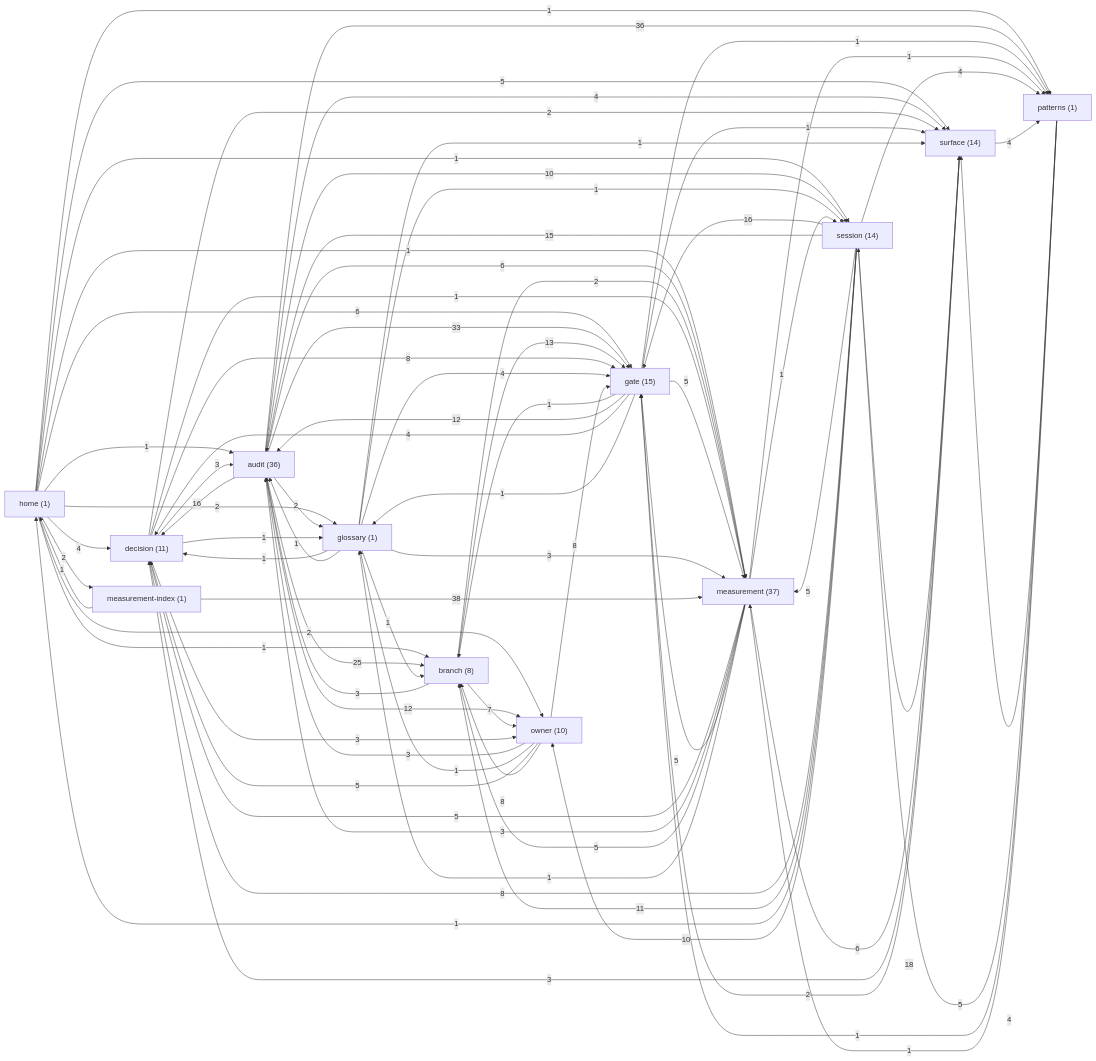
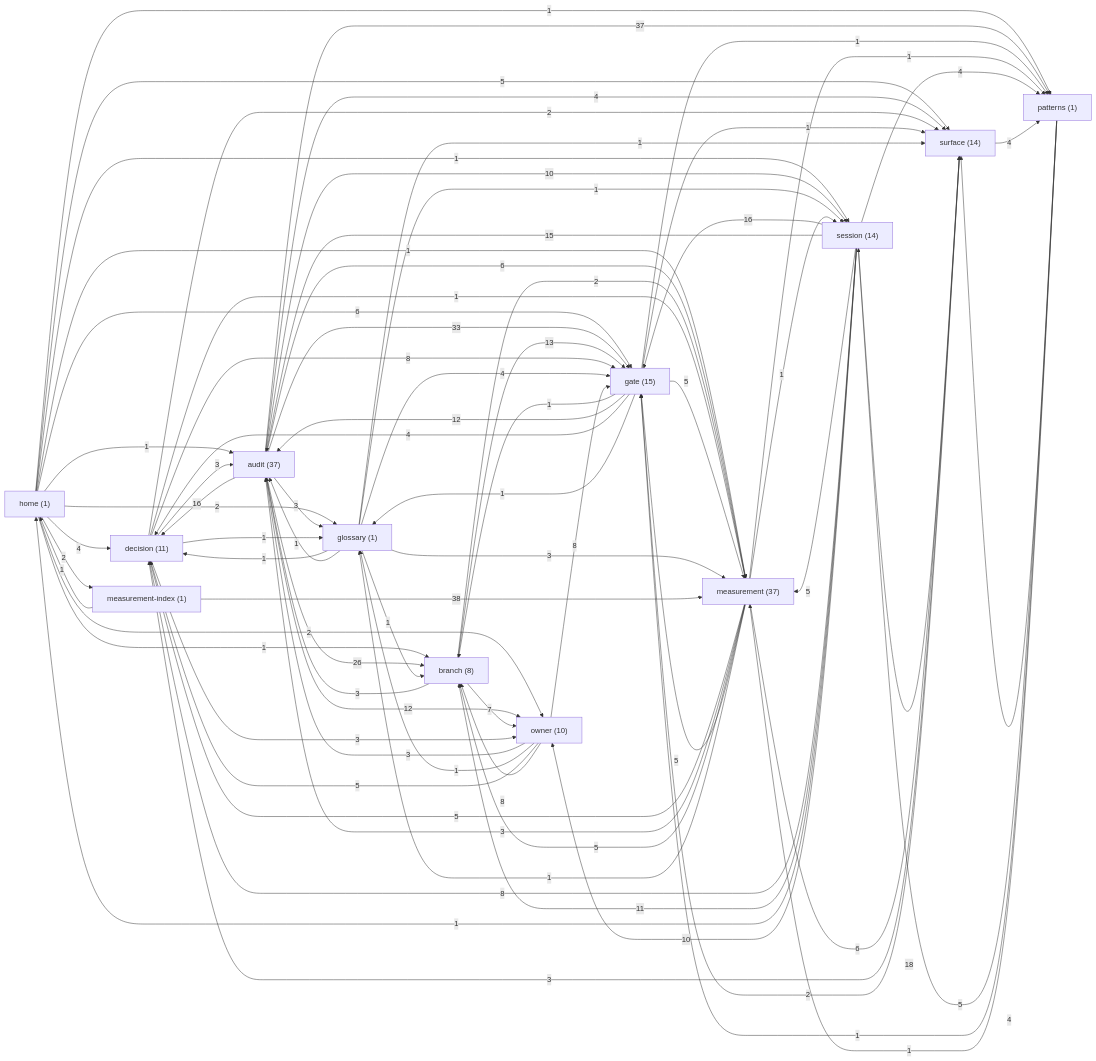
One commit to sergey9519546/STORYMACHINE changed the diagram in docs/brain/GRAPH.md. Above: the diagram before and after it, drawn with Mermaid. The commit also changed other lines of this file and 3 other files, not shown here.

First line of the commit message:
docs(audit): craft-formula-leaf lane record, brain note, regenerated graph

````diff
--- a/docs/brain/GRAPH.md
+++ b/docs/brain/GRAPH.md
@@ -9,7 +9,7 @@
 ```mermaid
 graph LR
   home["home (1)"]
-  audit["audit (36)"]
+  audit["audit (37)"]
   branch["branch (8)"]
   decision["decision (11)"]
   gate["gate (15)"]
@@ -31,12 +31,12 @@
   home -->|1| measurement
   home -->|1| branch
   home -->|1| patterns
-  audit -->|2| glossary
+  audit -->|3| glossary
   audit -->|10| session
-  audit -->|25| branch
+  audit -->|26| branch
   audit -->|33| gate
   audit -->|16| decision
-  audit -->|36| patterns
+  audit -->|37| patterns
   audit -->|12| owner
   audit -->|4| surface
   audit -->|6| measurement
````
